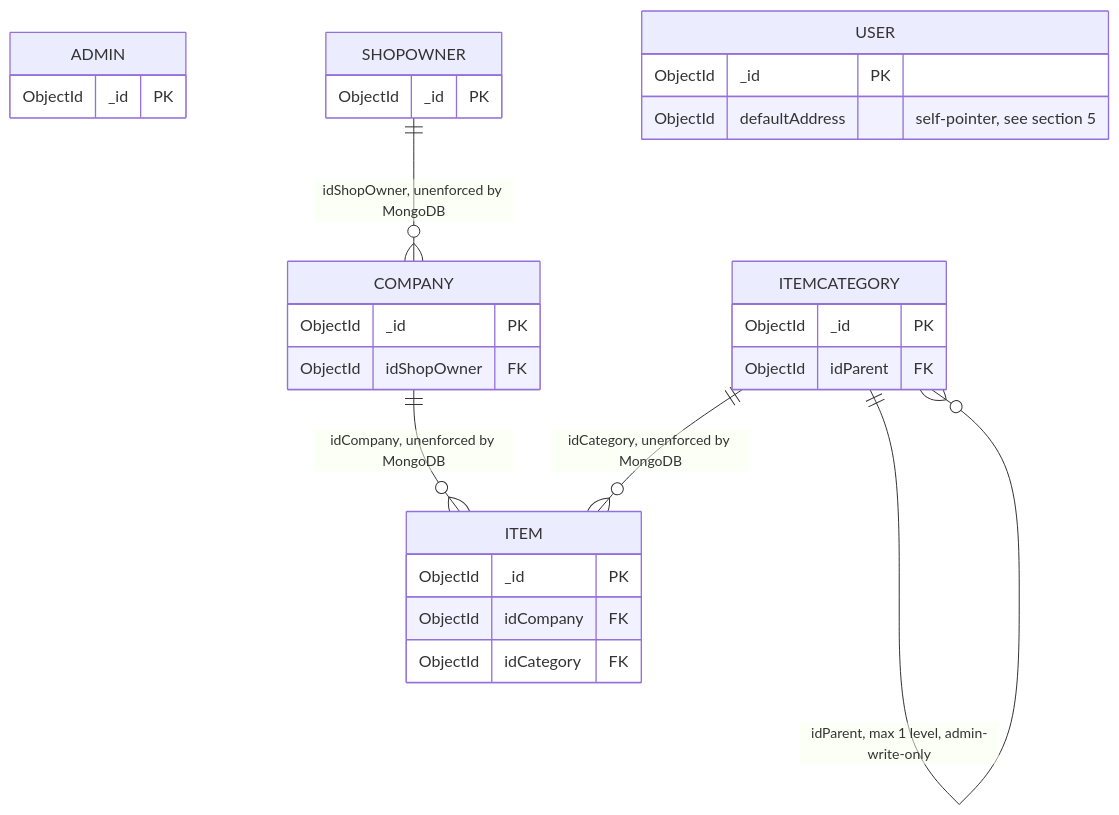
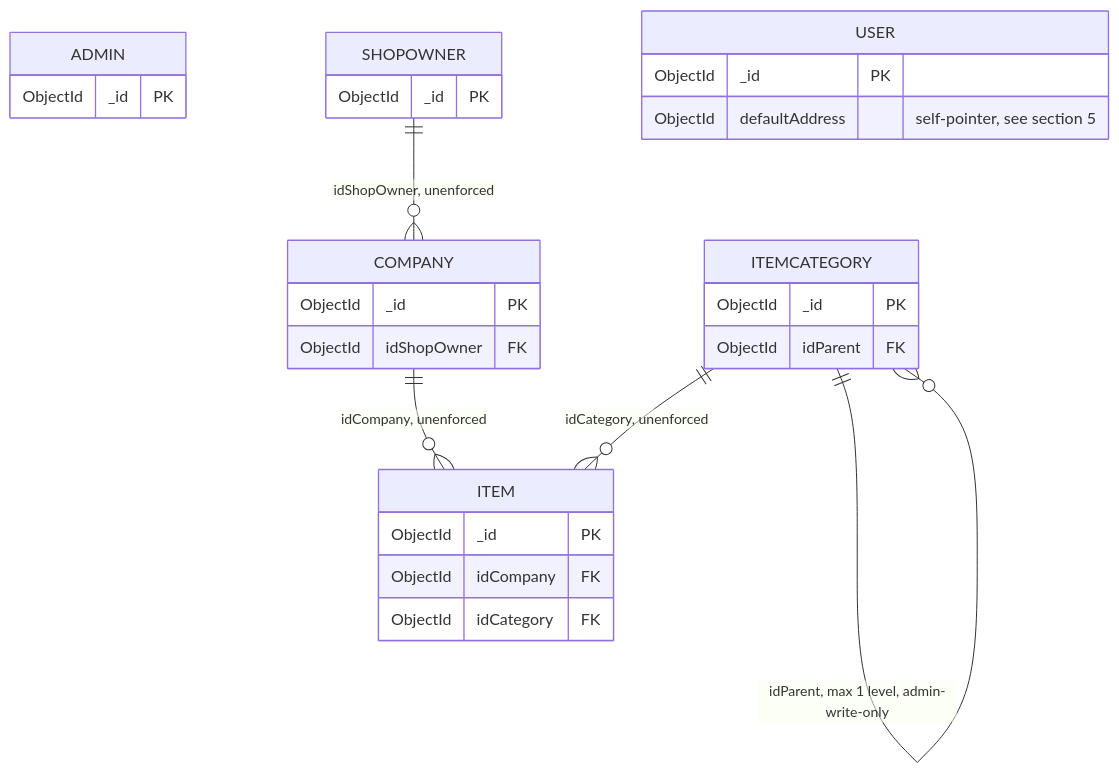
The diagram in docs/devprotocol/phase4/ERD.md (Axiumine/fullstack-marketplace-blueprint), drawn with Mermaid before and after one commit. The commit also changed other lines of this file and 29 other files, not shown here.

````diff
--- a/docs/devprotocol/phase4/ERD.md
+++ b/docs/devprotocol/phase4/ERD.md
@@ -23,31 +23,31 @@
 ```mermaid
 erDiagram
     ADMIN {
         ObjectId _id PK
     }
     SHOPOWNER {
         ObjectId _id PK
     }
     COMPANY {
         ObjectId _id PK
         ObjectId idShopOwner FK
     }
     ITEM {
         ObjectId _id PK
         ObjectId idCompany FK
         ObjectId idCategory FK
     }
     ITEMCATEGORY {
         ObjectId _id PK
         ObjectId idParent FK
     }
     USER {
         ObjectId _id PK
         ObjectId defaultAddress "self-pointer, see section 5"
     }
 
-    SHOPOWNER ||--o{ COMPANY : "idShopOwner, unenforced by MongoDB"
-    COMPANY ||--o{ ITEM : "idCompany, unenforced by MongoDB"
-    ITEMCATEGORY ||--o{ ITEM : "idCategory, unenforced by MongoDB"
+    SHOPOWNER ||--o{ COMPANY : "idShopOwner, unenforced"
+    COMPANY ||--o{ ITEM : "idCompany, unenforced"
+    ITEMCATEGORY ||--o{ ITEM : "idCategory, unenforced"
     ITEMCATEGORY ||--o{ ITEMCATEGORY : "idParent, max 1 level, admin-write-only"
 ```
````
